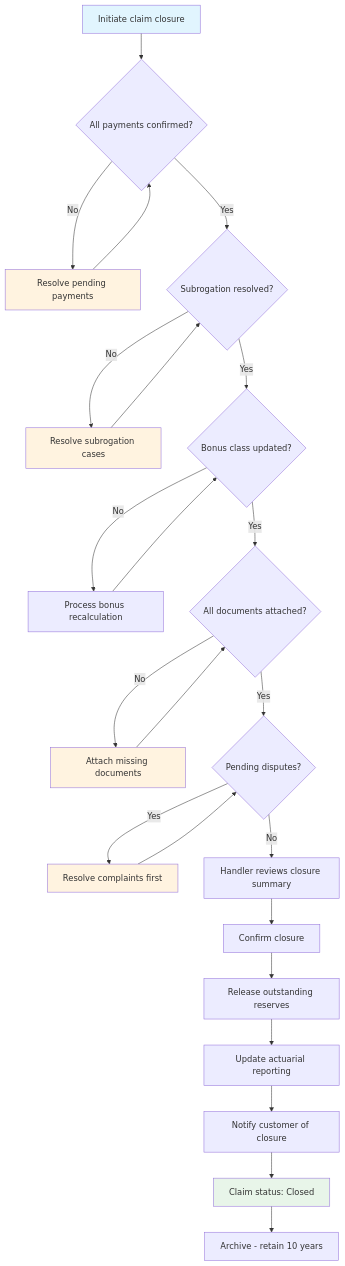
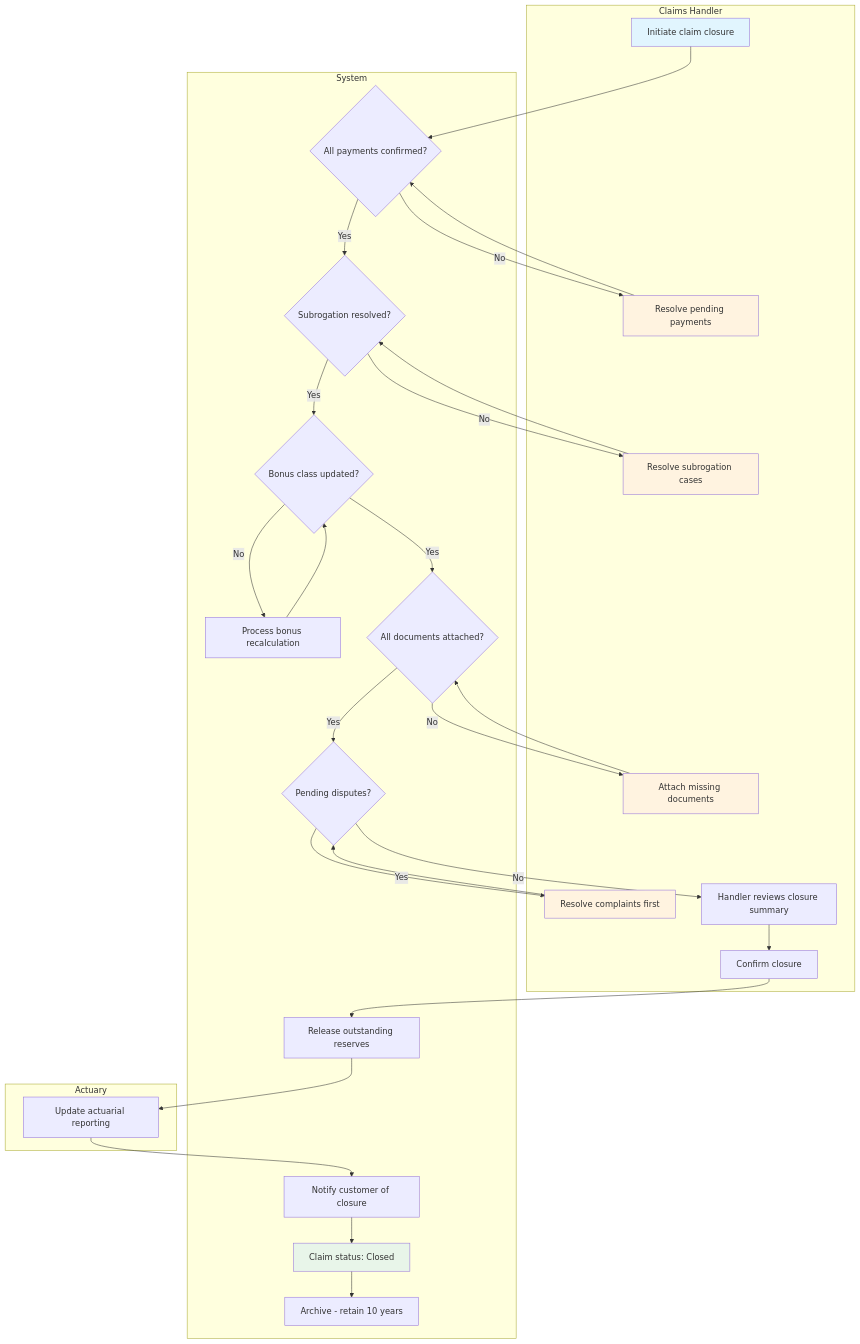
The first of 2 diagrams in docs/phase-1-motor/use-cases/uc-claims-closure.md (Agentic-software-factory/insurance-platform-requirements), drawn with Mermaid before and after one commit. The commit also changed 13 other files, not shown here.

````diff
--- a/docs/phase-1-motor/use-cases/uc-claims-closure.md
+++ b/docs/phase-1-motor/use-cases/uc-claims-closure.md
@@ -53,32 +53,57 @@
 ```mermaid
 flowchart TD
-    A[Initiate claim closure] --> B{All payments confirmed?}
-    B -->|No| C[Resolve pending payments]
+    subgraph Claims Handler
+        A[Initiate claim closure]
+        C[Resolve pending payments]
+        E[Resolve subrogation cases]
+        I[Attach missing documents]
+        K[Resolve complaints first]
+        L[Handler reviews closure summary]
+        M[Confirm closure]
+    end
+    subgraph System
+        B{All payments confirmed?}
+        D{Subrogation resolved?}
+        F{Bonus class updated?}
+        G[Process bonus recalculation]
+        H{All documents attached?}
+        J{Pending disputes?}
+        N[Release outstanding reserves]
+        P[Notify customer of closure]
+        Q[Claim status: Closed]
+        R[Archive - retain 10 years]
+    end
+    subgraph Actuary
+        O[Update actuarial reporting]
+    end
+
+    A --> B
+    B -->|No| C
     C --> B
-    B -->|Yes| D{Subrogation resolved?}
-    D -->|No| E[Resolve subrogation cases]
+    B -->|Yes| D
+    D -->|No| E
     E --> D
-    D -->|Yes| F{Bonus class updated?}
-    F -->|No| G[Process bonus recalculation]
+    D -->|Yes| F
+    F -->|No| G
     G --> F
-    F -->|Yes| H{All documents attached?}
-    H -->|No| I[Attach missing documents]
+    F -->|Yes| H
+    H -->|No| I
     I --> H
-    H -->|Yes| J{Pending disputes?}
-    J -->|Yes| K[Resolve complaints first]
+    H -->|Yes| J
+    J -->|Yes| K
     K --> J
-    J -->|No| L[Handler reviews closure summary]
-    L --> M[Confirm closure]
-    M --> N[Release outstanding reserves]
-    N --> O[Update actuarial reporting]
-    O --> P[Notify customer of closure]
-    P --> Q[Claim status: Closed]
-    Q --> R[Archive - retain 10 years]
+    J -->|No| L
+    L --> M
+    M --> N
+    N --> O
+    O --> P
+    P --> Q
+    Q --> R
 
     style A fill:#e1f5fe
     style Q fill:#e8f5e9
     style C fill:#fff3e0
     style E fill:#fff3e0
     style I fill:#fff3e0
     style K fill:#fff3e0
 ```
````
